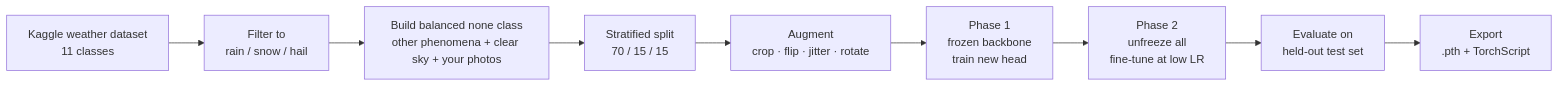
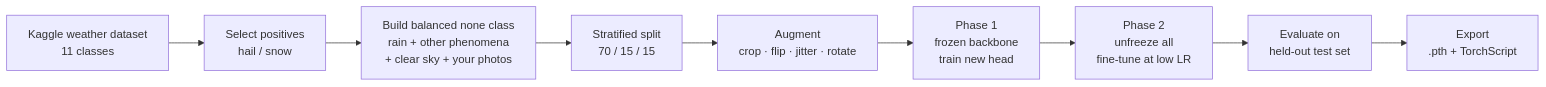
Before and after one commit to Marzban-io/Rain-Snow-Hail-Image-classifier: the diagram in README.md, drawn with Mermaid. The commit also changed other lines of this file, not shown here.

````diff
--- a/README.md
+++ b/README.md
@@ -35,11 +39,11 @@
 ```mermaid
 flowchart LR
-    A[Kaggle weather dataset<br/>11 classes] --> B[Filter to<br/>rain / snow / hail]
-    B --> B2[Build balanced none class<br/>other phenomena + clear sky + your photos]
+    A[Kaggle weather dataset<br/>11 classes] --> B[Select positives<br/>hail / snow]
+    B --> B2[Build balanced none class<br/>rain + other phenomena<br/>+ clear sky + your photos]
     B2 --> C[Stratified split<br/>70 / 15 / 15]
     C --> D[Augment<br/>crop · flip · jitter · rotate]
     D --> E[Phase 1<br/>frozen backbone<br/>train new head]
     E --> F[Phase 2<br/>unfreeze all<br/>fine-tune at low LR]
     F --> G[Evaluate on<br/>held-out test set]
     G --> H[Export<br/>.pth + TorchScript]
 ```
````
